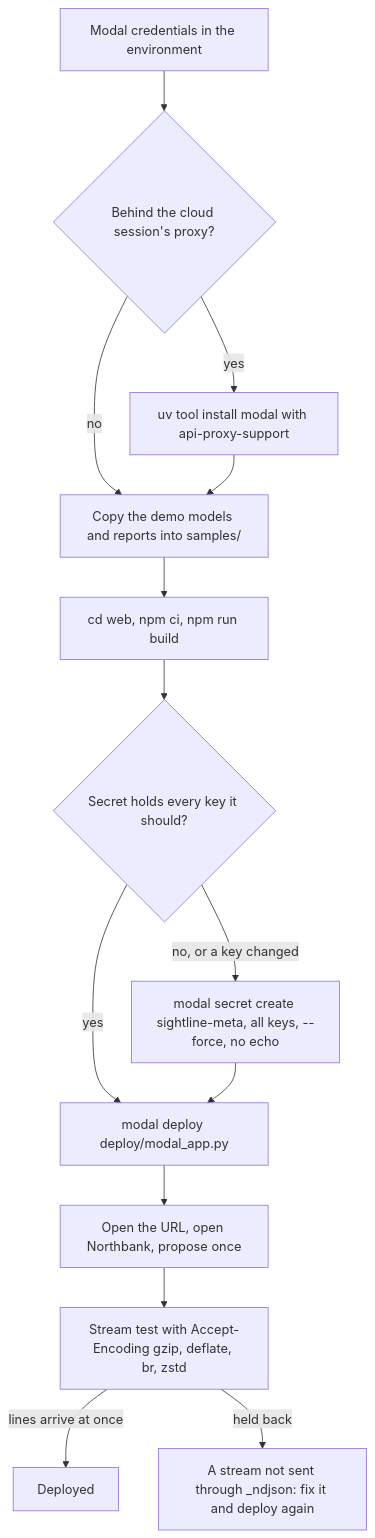
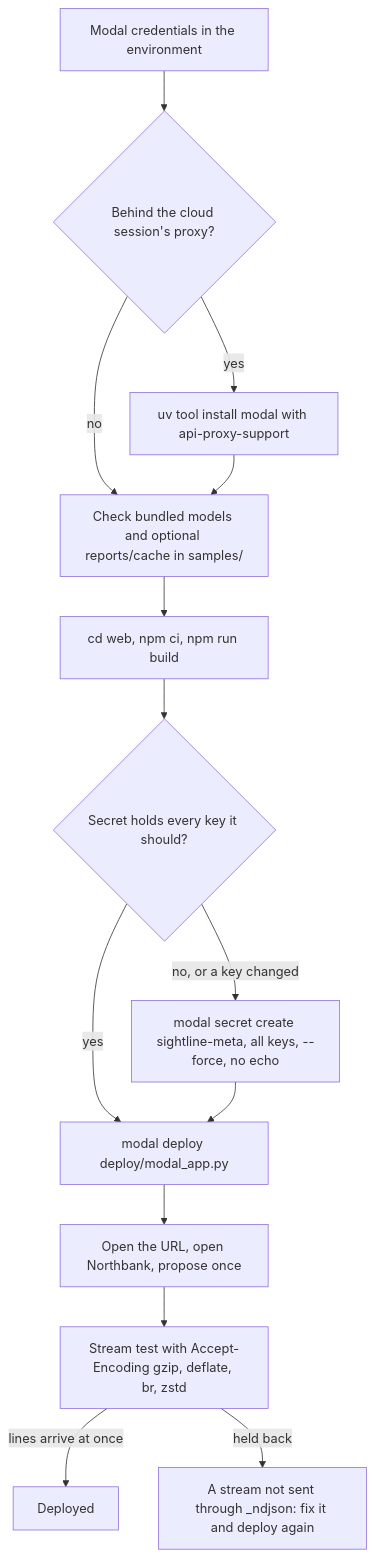
One commit to IssueLab-Inc/ORCA changed the second of 2 diagrams in docs/architecture/17-deployment-and-operations.md. Above: the diagram before and after it, drawn with Mermaid. The commit also changed other lines of this file and 18 other files, not shown here.

````diff
--- a/docs/architecture/17-deployment-and-operations.md
+++ b/docs/architecture/17-deployment-and-operations.md
@@ -153,16 +153,16 @@
 ```mermaid
 flowchart TD
   creds["Modal credentials in the environment"] --> proxy{"Behind the cloud session's proxy?"}
   proxy -->|"yes"| tool["uv tool install modal with api-proxy-support"]
-  proxy -->|"no"| copy["Copy the demo models and reports into samples/"]
+  proxy -->|"no"| copy["Check bundled models and optional reports/cache in samples/"]
   tool --> copy
   copy --> build["cd web, npm ci, npm run build"]
   build --> secretQ{"Secret holds every key it should?"}
   secretQ -->|"no, or a key changed"| secret["modal secret create sightline-meta, all keys, --force, no echo"]
   secretQ -->|"yes"| deploy["modal deploy deploy/modal_app.py"]
   secret --> deploy
   deploy --> check["Open the URL, open Northbank, propose once"]
   check --> stream["Stream test with Accept-Encoding gzip, deflate, br, zstd"]
   stream -->|"lines arrive at once"| ok["Deployed"]
   stream -->|"held back"| fix["A stream not sent through _ndjson: fix it and deploy again"]
 ```
````
